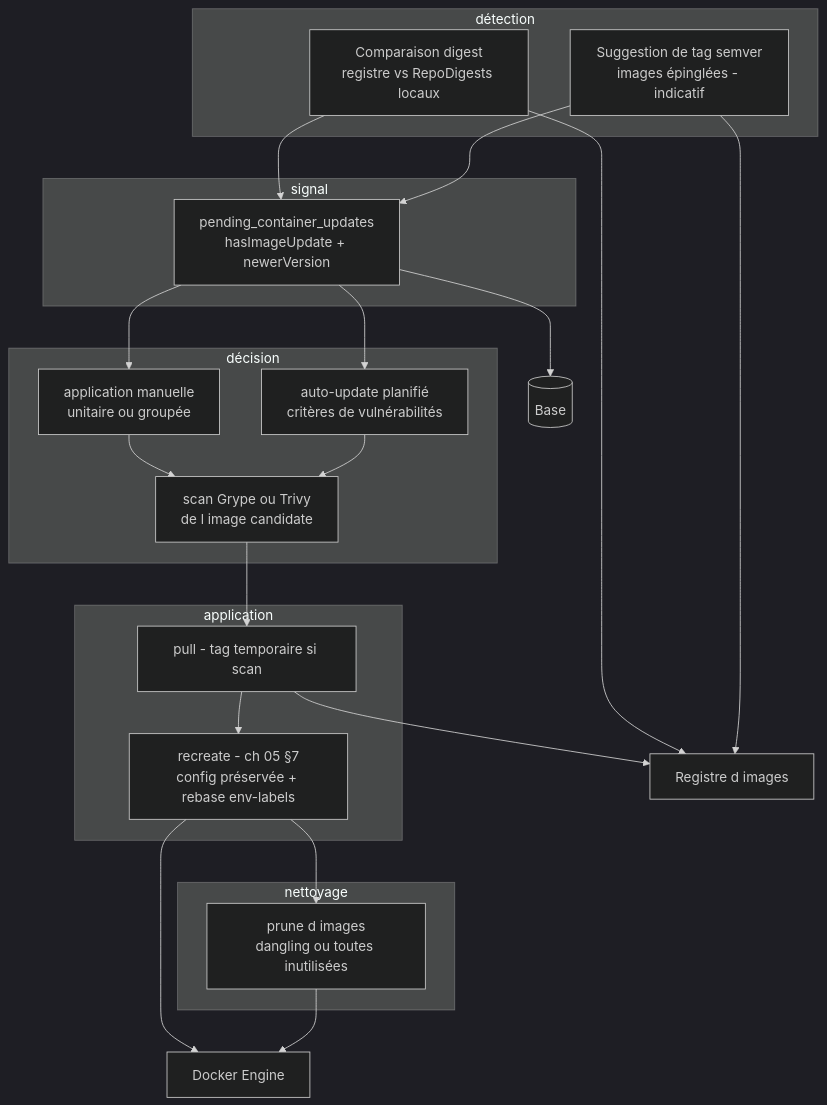
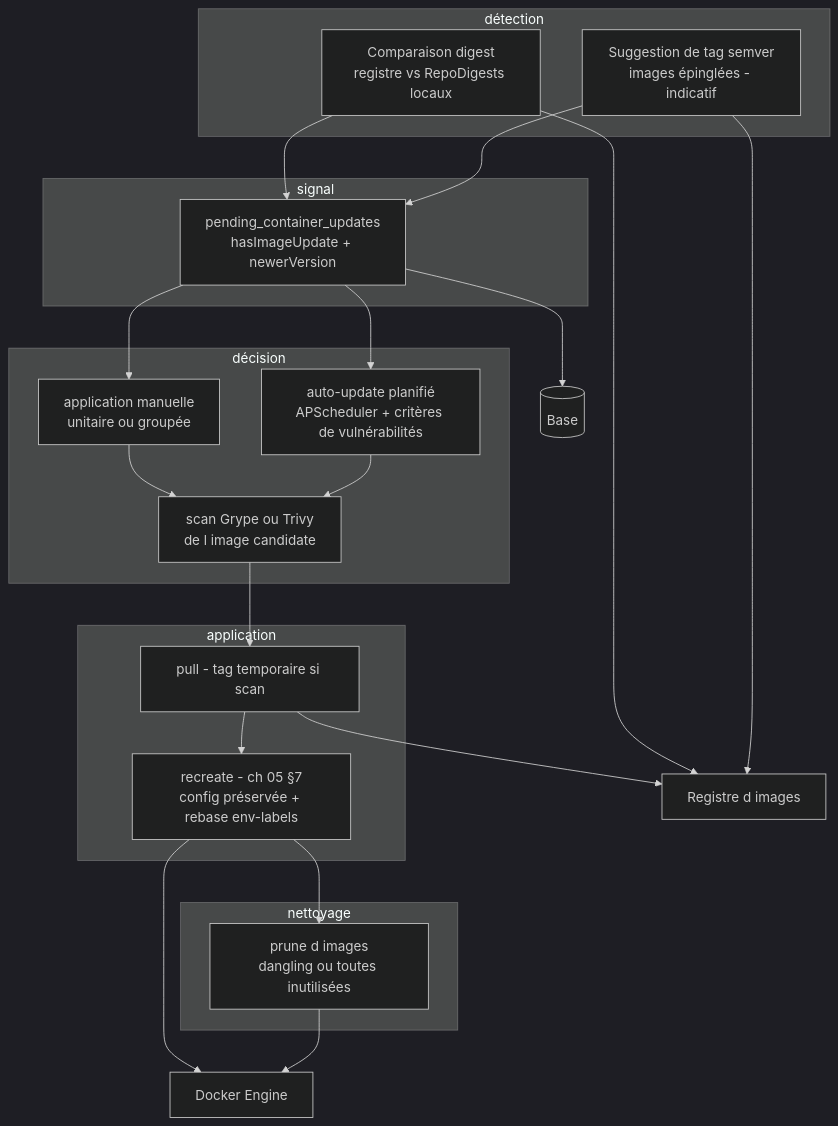
One commit to stefapi/windflow changed the diagram in docs/spec_dockhand_reference/08-images.md. Above: the diagram before and after it, drawn with Mermaid (dark theme). The commit also changed other lines of this file and 15 other files, not shown here.

````diff
--- a/docs/spec_dockhand_reference/08-images.md
+++ b/docs/spec_dockhand_reference/08-images.md
@@ -41,44 +37,44 @@
 ```mermaid
 flowchart TB
     subgraph Detection[ détection ]
         DIGEST[Comparaison digest<br/>registre vs RepoDigests locaux]
         SEMVER[Suggestion de tag semver<br/>images épinglées - indicatif]
     end
 
     subgraph Signal[ signal ]
         PENDING[pending_container_updates<br/>hasImageUpdate + newerVersion]
     end
 
     subgraph Decision[ décision ]
         MANU[application manuelle<br/>unitaire ou groupée]
-        AUTO[auto-update planifié<br/>critères de vulnérabilités]
+        AUTO[auto-update planifié<br/>APScheduler + critères de vulnérabilités]
         SCAN[scan Grype ou Trivy<br/>de l image candidate]
     end
 
     subgraph Application[ application ]
         PULL[pull - tag temporaire si scan]
         RECREATE[recreate - ch 05 §7<br/>config préservée + rebase env-labels]
     end
 
     subgraph Nettoyage[ nettoyage ]
         PRUNE[prune d images<br/>dangling ou toutes inutilisées]
     end
 
     R[Registre d images]
     D[Docker Engine]
     B[(Base)]
 
     DIGEST --> PENDING
     SEMVER --> PENDING
     PENDING --> MANU
     PENDING --> AUTO
     MANU --> SCAN
     AUTO --> SCAN
     SCAN --> PULL --> RECREATE --> PRUNE
     DIGEST --> R
     SEMVER --> R
     PULL --> R
     RECREATE --> D
     PRUNE --> D
     PENDING --> B
 ```
````
